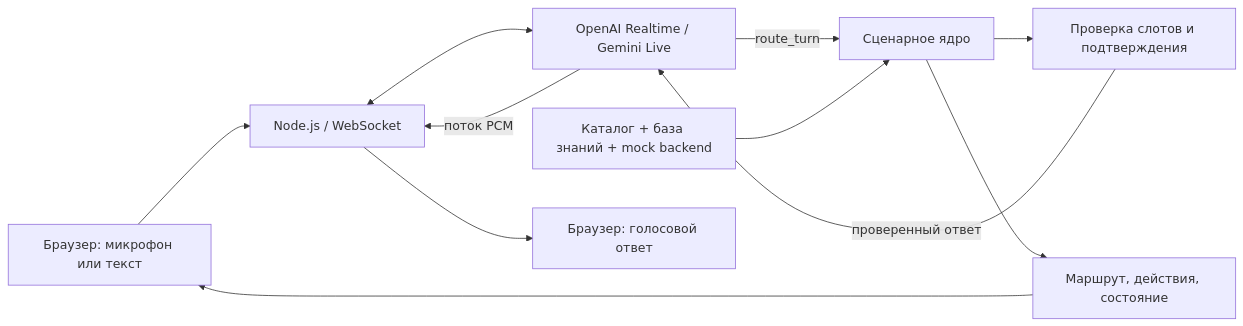
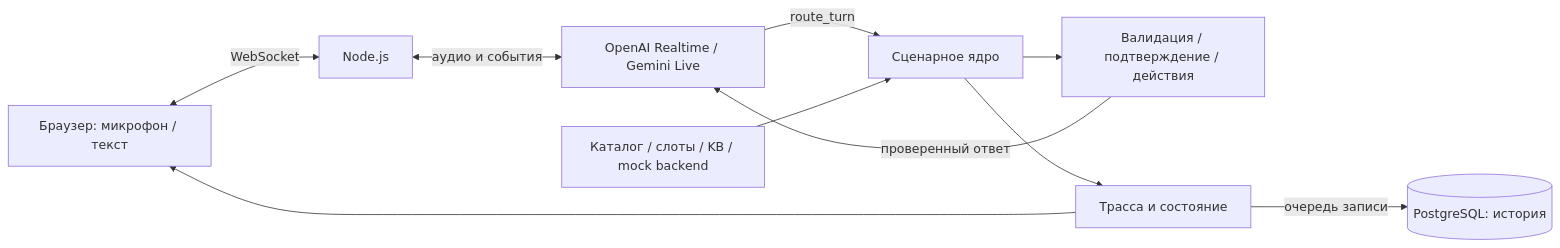
One commit to BAITC-Hacks/hack-c5d95581-doter changed the diagram in README.md. Above: the diagram before and after it, drawn with Mermaid. The commit also changed other lines of this file and 20 other files, not shown here.

````diff
--- a/README.md
+++ b/README.md
@@ -51,13 +78,12 @@
 ```mermaid
 flowchart LR
-    U[Браузер: микрофон или текст] --> S[Node.js / WebSocket]
-    S <--> L[OpenAI Realtime / Gemini Live]
+    B[Браузер: микрофон / текст] <-->|WebSocket| S[Node.js]
+    S <-->|аудио и события| L[OpenAI Realtime / Gemini Live]
     L -->|route_turn| R[Сценарное ядро]
-    D[Каталог + база знаний + mock backend] --> R
-    R --> C[Проверка слотов и подтверждения]
-    C -->|проверенный ответ| L
-    L -->|поток PCM| S
-    S --> A[Браузер: голосовой ответ]
-    R --> T[Маршрут, действия, состояние]
-    T --> U
+    D[Каталог / слоты / KB / mock backend] --> R
+    R --> V[Валидация / подтверждение / действия]
+    V -->|проверенный ответ| L
+    R --> T[Трасса и состояние]
+    T --> B
+    T -->|очередь записи| P[(PostgreSQL: история)]
 ```
````
